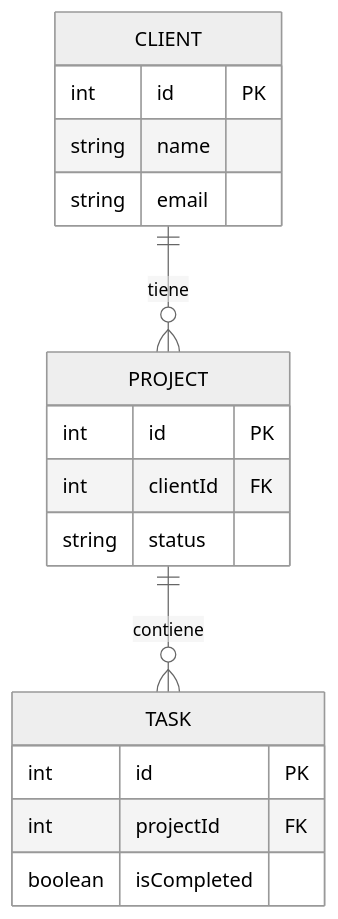
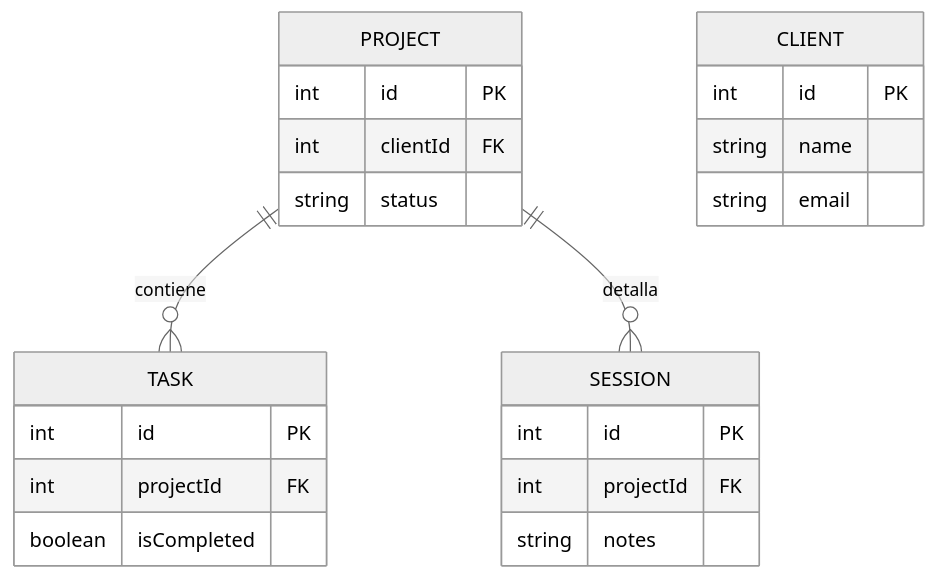
Before and after one commit to friaseus-coder/Aegis-Core: the first of 2 diagrams in documentación/modulos/crm_tecnico.md, drawn with Mermaid (neutral theme). The commit also changed other lines of this file and 43 other files, not shown here.

````diff
--- a/documentación/modulos/crm_tecnico.md
+++ b/documentación/modulos/crm_tecnico.md
@@ -95,21 +108,26 @@
 ```mermaid
 erDiagram
-    CLIENT ||--o{ PROJECT : "tiene"
     PROJECT ||--o{ TASK : "contiene"
+    PROJECT ||--o{ SESSION : "detalla"
     
     CLIENT {
         int id PK
         string name
         string email
     }
     PROJECT {
         int id PK
         int clientId FK
         string status
     }
     TASK {
         int id PK
         int projectId FK
         boolean isCompleted
     }
+    SESSION {
+        int id PK
+        int projectId FK
+        string notes
+    }
 ```
````
